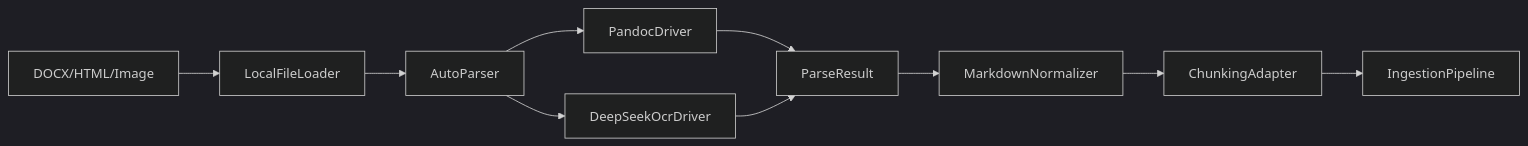
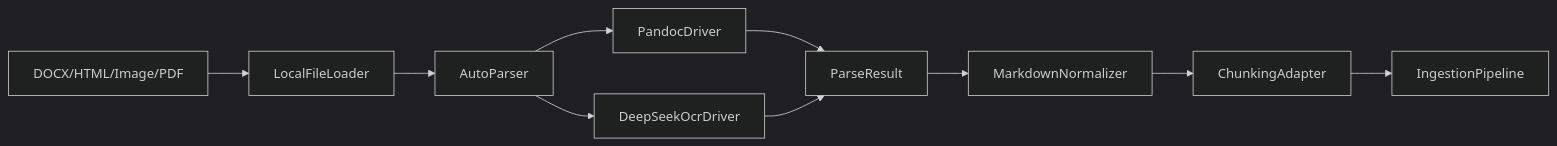
One commit to bingcool/swoolefy changed the first of 4 diagrams in docs/DocumentOcr.md. Above: the diagram before and after it, drawn with Mermaid (dark theme). The commit also changed other lines of this file and 18 other files, not shown here.

````diff
--- a/docs/DocumentOcr.md
+++ b/docs/DocumentOcr.md
@@ -25,12 +26,12 @@
 ```mermaid
 flowchart LR
-    Upload["DOCX/HTML/Image"] --> Loader[LocalFileLoader]
+    Upload["DOCX/HTML/Image/PDF"] --> Loader[LocalFileLoader]
     Loader --> AutoParser[AutoParser]
     AutoParser --> Pandoc[PandocDriver]
     AutoParser --> DeepSeek[DeepSeekOcrDriver]
     Pandoc --> Parsed[ParseResult]
     DeepSeek --> Parsed
     Parsed --> Normalizer[MarkdownNormalizer]
     Normalizer --> Chunking[ChunkingAdapter]
     Chunking --> Rag[IngestionPipeline]
 ```
````
